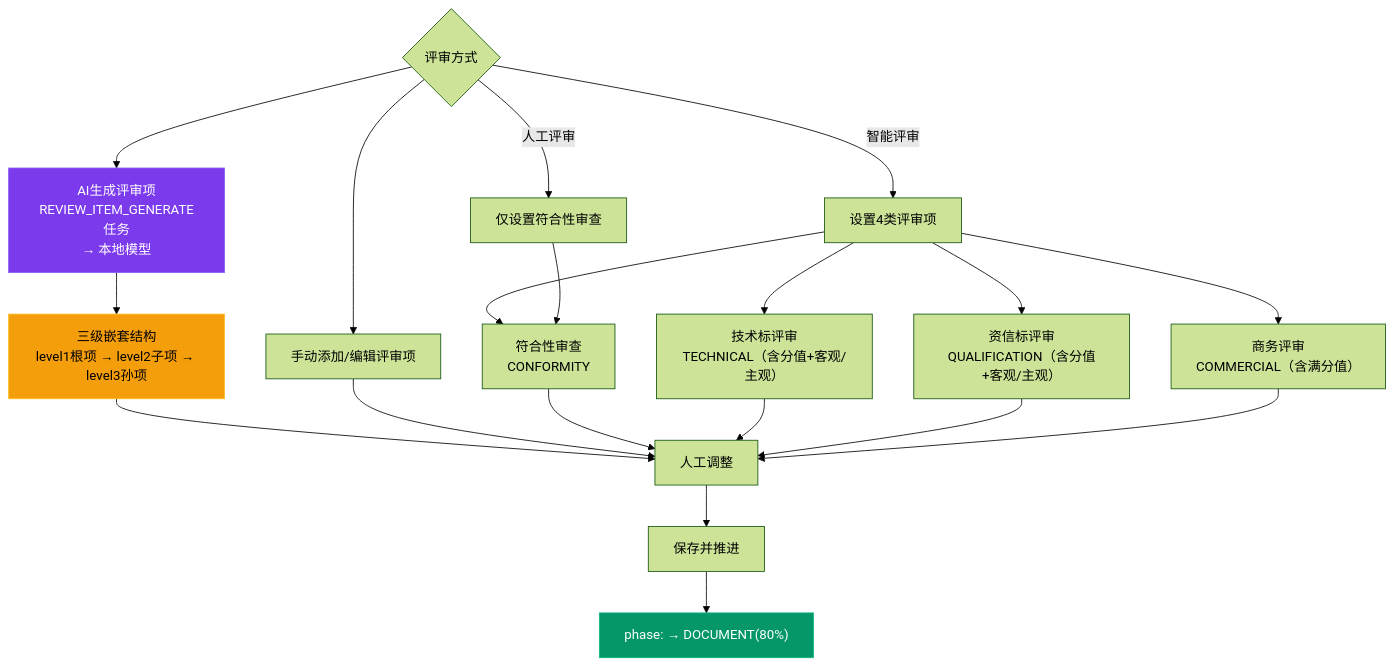
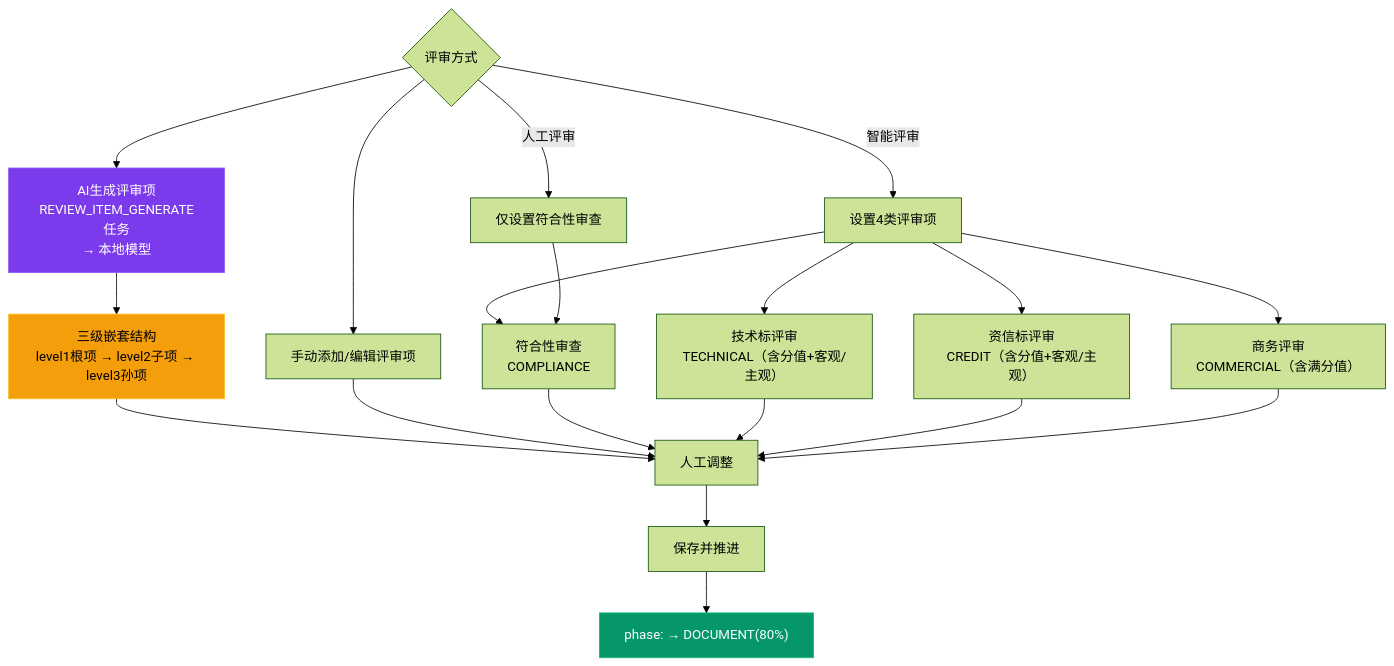
Before and after one commit to DrunkFood/First: diagram 14 of 22 in docs/projects/业务需求编制到招标文件完成-业务流程梳理.md, drawn with Mermaid (forest theme). The commit also changed other lines of this file and 3 other files, not shown here.

First line of the commit message:
docs(flow): 更新业务流程梳理文档对齐实际代码

````diff
--- a/docs/projects/业务需求编制到招标文件完成-业务流程梳理.md
+++ b/docs/projects/业务需求编制到招标文件完成-业务流程梳理.md
@@ -545,32 +551,32 @@
 ```mermaid
 flowchart TD
     A{评审方式}
     A -->|智能评审| B["设置4类评审项"]
     A -->|人工评审| C["仅设置符合性审查"]
 
-    B --> D["符合性审查<br/>CONFORMITY"]
+    B --> D["符合性审查<br/>COMPLIANCE"]
     B --> E["技术标评审<br/>TECHNICAL（含分值+客观/主观）"]
-    B --> F["资信标评审<br/>QUALIFICATION（含分值+客观/主观）"]
+    B --> F["资信标评审<br/>CREDIT（含分值+客观/主观）"]
     B --> G["商务评审<br/>COMMERCIAL（含满分值）"]
 
     C --> D
 
     A --> H["AI生成评审项<br/>REVIEW_ITEM_GENERATE任务<br/>→ 本地模型"]
     H --> I["三级嵌套结构<br/>level1根项 → level2子项 → level3孙项"]
 
     A --> J["手动添加/编辑评审项"]
 
     I --> K["人工调整"]
     J --> K
     D --> K
     E --> K
     F --> K
     G --> K
 
     K --> L["保存并推进"]
     L --> M["phase: → DOCUMENT(80%)"]
 
     style H fill:#7c3aed,stroke:#8b5cf6,color:#fff
     style I fill:#f59e0b,stroke:#fbbf24,color:#000
     style M fill:#059669,stroke:#10b981,color:#fff
 ```
````
